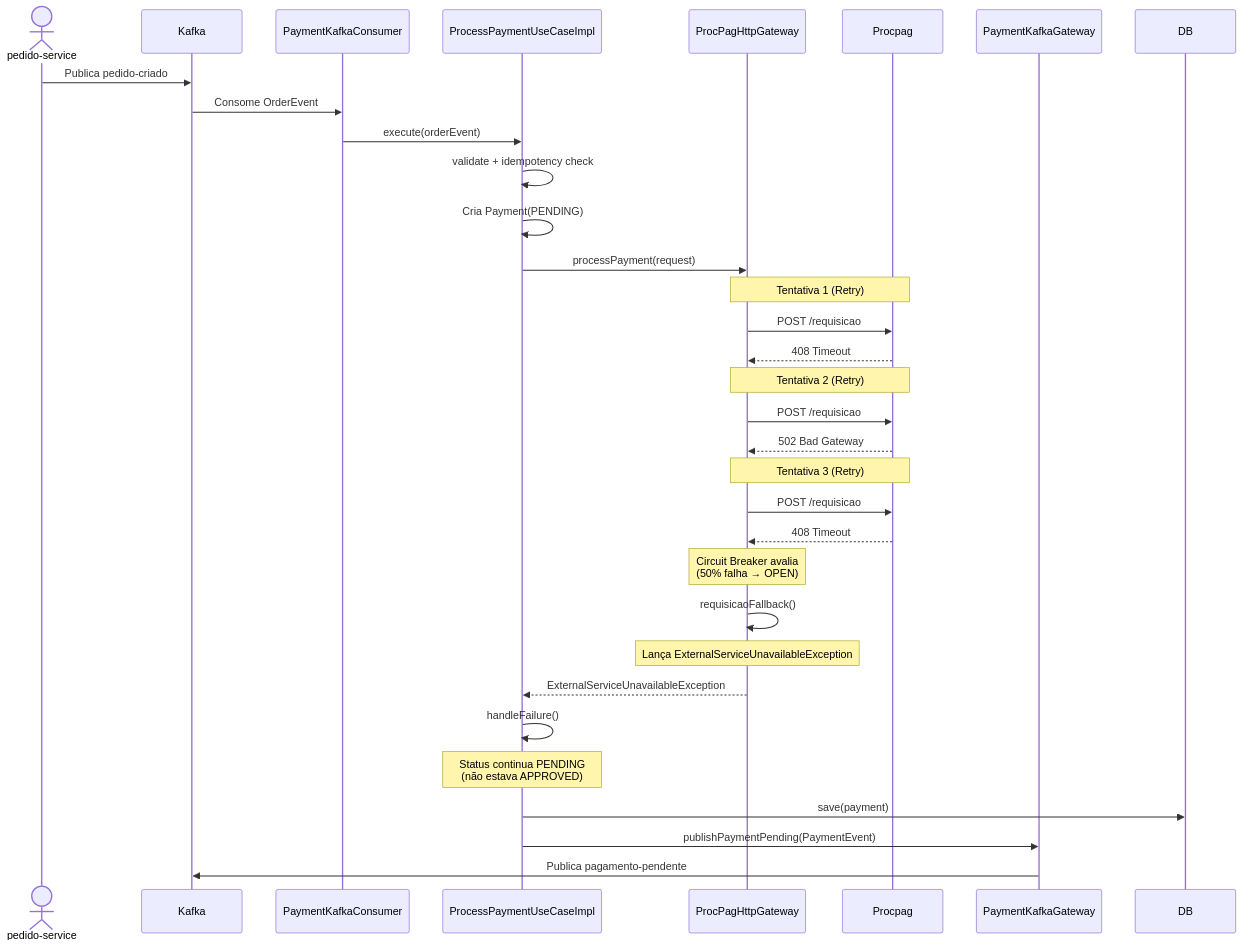
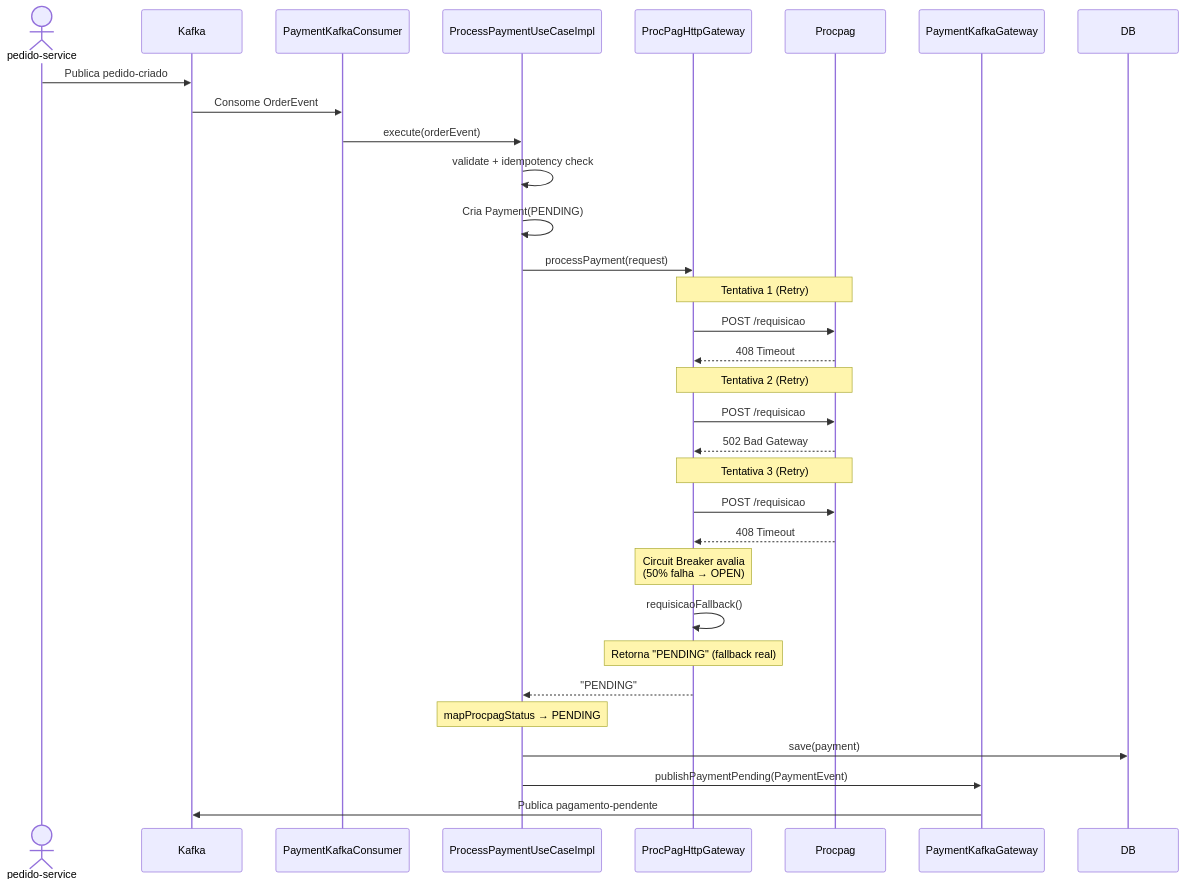
One commit to HugoOliveiraSoares/tech-challenge-iii changed the third of 7 diagrams in docs/flows.md. Above: the diagram before and after it, drawn with Mermaid. The commit also changed 2 other files, not shown here.

Commit message:
feat(pagamento): make requisicaoFallback return "PENDING" instead of throwing
The fallback now returns "PENDING" directly, allowing the normal flow
to persist the status and publish pagamento-pendente. Previously it
threw ExternalServiceUnavailableException, which required the use case
to catch and handle it separately — a misuse of the fallback pattern.

````diff
--- a/docs/flows.md
+++ b/docs/flows.md
@@ -78,45 +78,43 @@
 ```mermaid
 sequenceDiagram
   actor User as pedido-service
   participant Kafka
   participant Consumer as PaymentKafkaConsumer
   participant UseCase as ProcessPaymentUseCaseImpl
   participant HTTP as ProcPagHttpGateway
   participant Procpag as Procpag
   participant Producer as PaymentKafkaGateway
 
   User->>Kafka: Publica pedido-criado
   Kafka->>Consumer: Consome OrderEvent
   Consumer->>UseCase: execute(orderEvent)
 
   UseCase->>UseCase: validate + idempotency check
   UseCase->>UseCase: Cria Payment(PENDING)
 
   UseCase->>HTTP: processPayment(request)
 
   Note over HTTP,Procpag: Tentativa 1 (Retry)
   HTTP->>Procpag: POST /requisicao
   Procpag-->>HTTP: 408 Timeout
 
   Note over HTTP,Procpag: Tentativa 2 (Retry)
   HTTP->>Procpag: POST /requisicao
   Procpag-->>HTTP: 502 Bad Gateway
 
   Note over HTTP,Procpag: Tentativa 3 (Retry)
   HTTP->>Procpag: POST /requisicao
   Procpag-->>HTTP: 408 Timeout
 
   Note over HTTP: Circuit Breaker avalia<br/>(50% falha → OPEN)
 
   HTTP->>HTTP: requisicaoFallback()
-  Note over HTTP: Lança ExternalServiceUnavailableException
+  Note over HTTP: Retorna "PENDING" (fallback real)
 
-  HTTP-->>UseCase: ExternalServiceUnavailableException
-
-  UseCase->>UseCase: handleFailure()
-  Note over UseCase: Status continua PENDING<br/>(não estava APPROVED)
+  HTTP-->>UseCase: "PENDING"
+  Note over UseCase: mapProcpagStatus → PENDING
 
   UseCase->>DB: save(payment)
   UseCase->>Producer: publishPaymentPending(PaymentEvent)
   Producer->>Kafka: Publica pagamento-pendente
 ```
````
